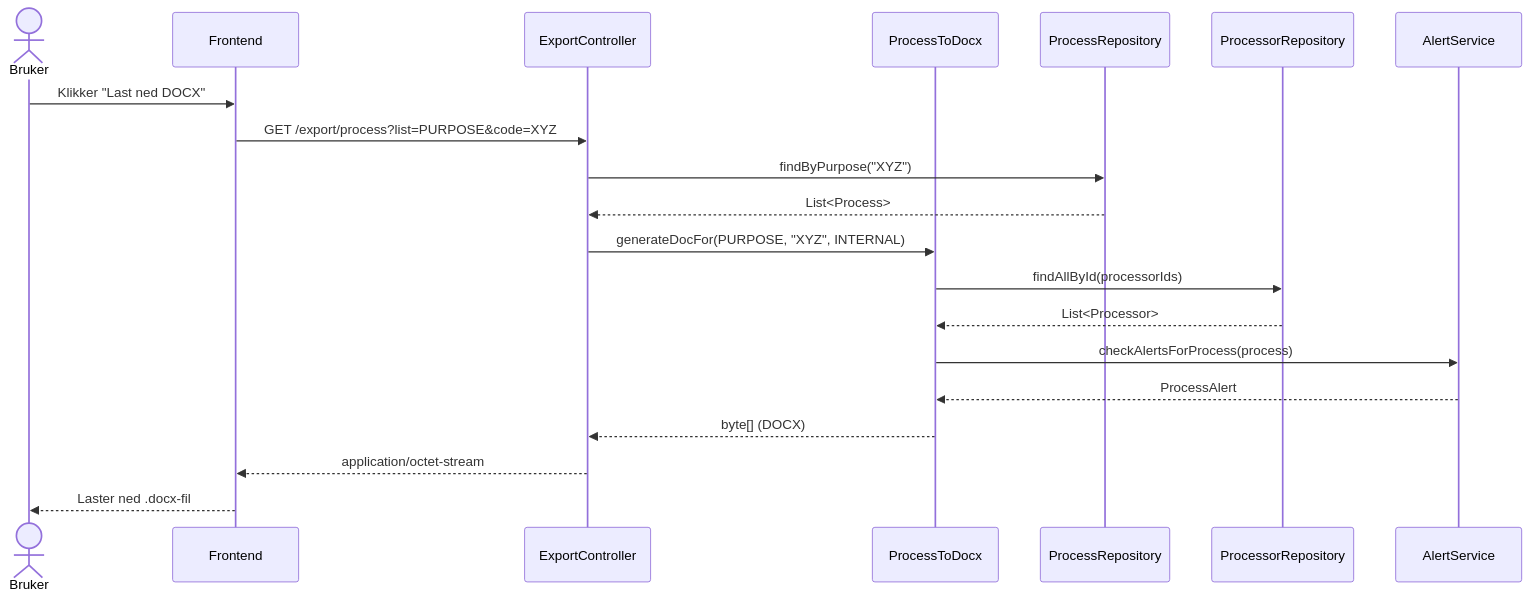
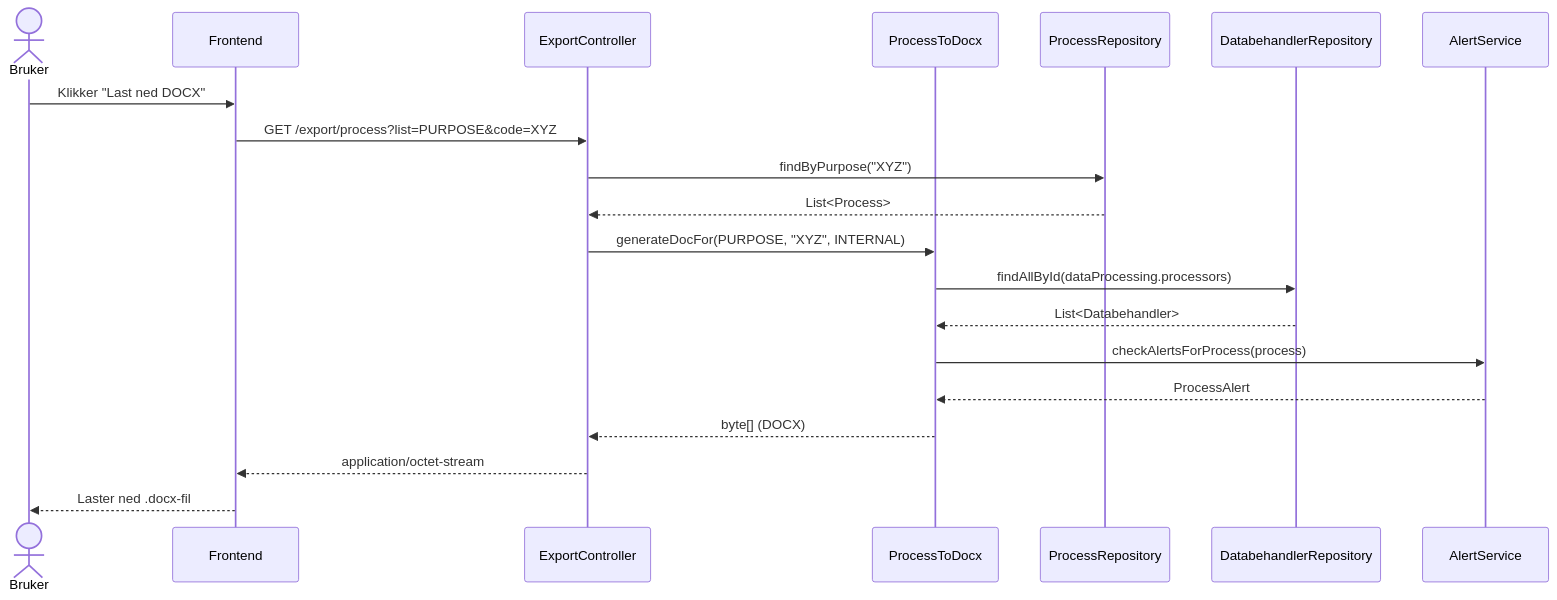
The third of 6 diagrams in BehandlingskatalogMermaidDomenemodel.md (navikt/polly), drawn with Mermaid before and after one commit. The commit also changed other lines of this file and 67 other files, not shown here.

Commit message:
Unifisert fagtermer (Processor -> Databehandler)

````diff
--- a/BehandlingskatalogMermaidDomenemodel.md
+++ b/BehandlingskatalogMermaidDomenemodel.md
@@ -215,23 +220,23 @@
 ```mermaid
 sequenceDiagram
     actor Bruker
     participant Frontend
     participant ExportController
     participant ProcessToDocx
     participant ProcessRepository
-    participant ProcessorRepository
+    participant DatabehandlerRepository
     participant AlertService
 
     Bruker->>Frontend: Klikker "Last ned DOCX"
     Frontend->>ExportController: GET /export/process?list=PURPOSE&code=XYZ
     ExportController->>ProcessRepository: findByPurpose("XYZ")
     ProcessRepository-->>ExportController: List<Process>
     ExportController->>ProcessToDocx: generateDocFor(PURPOSE, "XYZ", INTERNAL)
-    ProcessToDocx->>ProcessorRepository: findAllById(processorIds)
-    ProcessorRepository-->>ProcessToDocx: List<Processor>
+    ProcessToDocx->>DatabehandlerRepository: findAllById(dataProcessing.processors)
+    DatabehandlerRepository-->>ProcessToDocx: List<Databehandler>
     ProcessToDocx->>AlertService: checkAlertsForProcess(process)
     AlertService-->>ProcessToDocx: ProcessAlert
     ProcessToDocx-->>ExportController: byte[] (DOCX)
     ExportController-->>Frontend: application/octet-stream
     Frontend-->>Bruker: Laster ned .docx-fil
 ```
````
